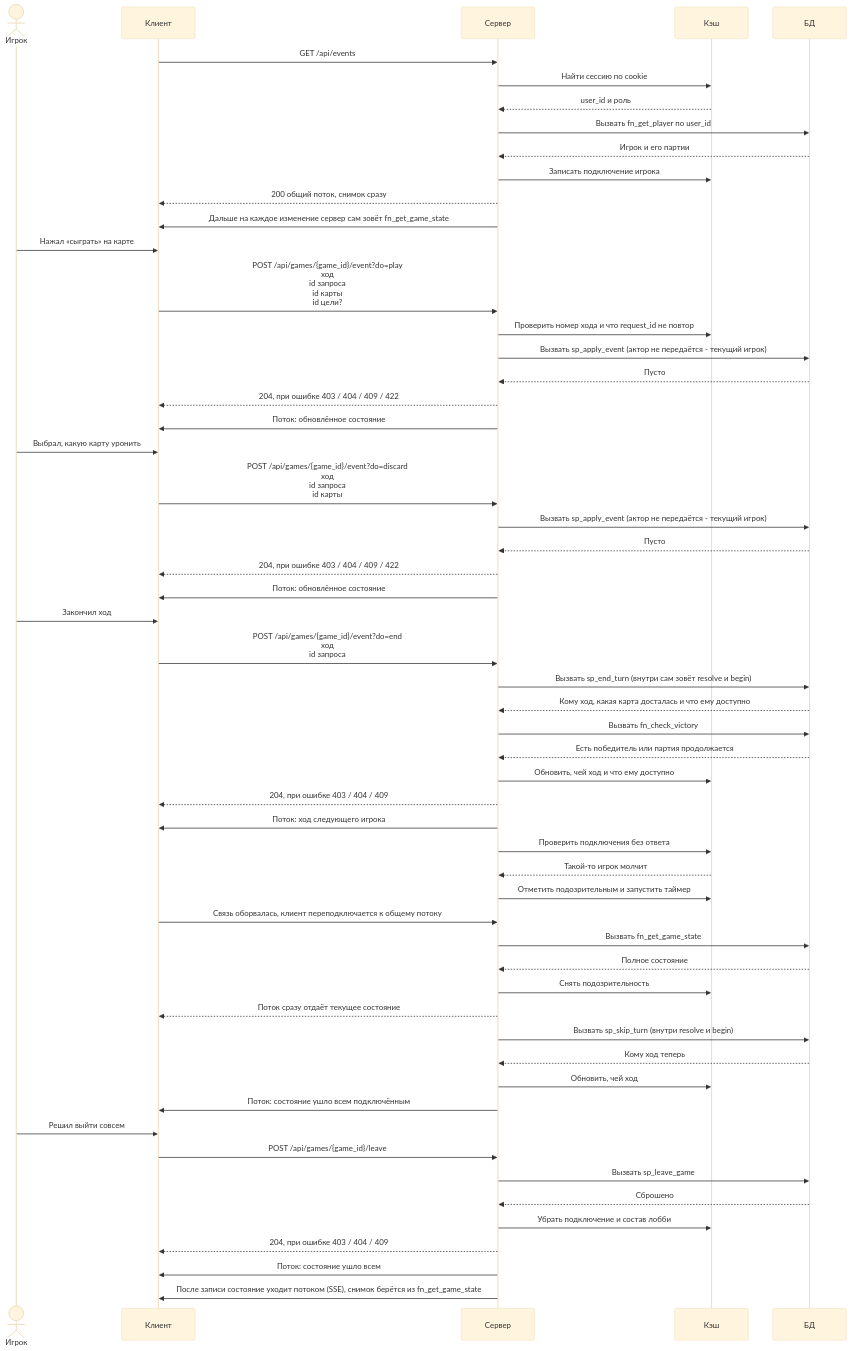
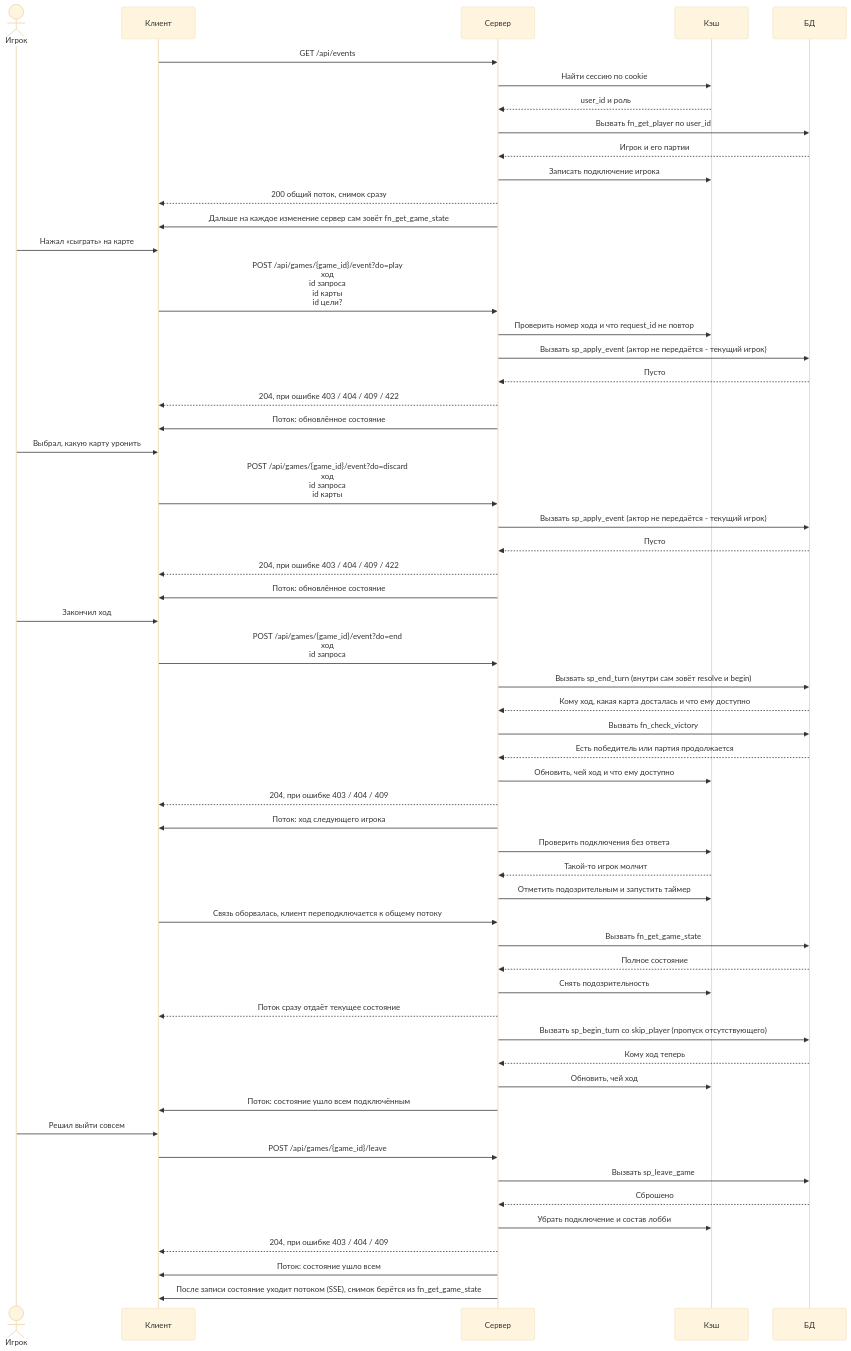
One commit to docup1/edin-game changed the diagram in diagrams/game.mmd. Above: the diagram before and after it, drawn with Mermaid (base theme). The commit also changed 12 other files, not shown here.

First line of the commit message:
Раздели пароль и настройки, убери sp_skip_turn, стоп после победы (36 -> 44 функций)

```diff
--- a/diagrams/game.mmd
+++ b/diagrams/game.mmd
@@ -1,125 +1,126 @@
 %% Всё, что происходит во время партии: поток, ход, обрыв связи, пропуск, выход.
 %% Два эндпоинта: один event с действием в query и выход.
 %% Клиент оперирует картами и выбирает цель. Названия механик, назначение,
 %% количество и позиции определяет сервер - клиент их не знает и не видит.
 %% Связь и признак «кто на связи» - в кэше, все факты - в базе.
 %% Ошибки: 403 не его ход (сравнивает сервер по кэшу game:{id}:turn, до SQL),
 %% 404 нет партии, 409 номер хода не совпал или повтор request_id,
 %% 422 карта не в available или цель не из присланного списка. Актор в SQL не
 %% передаётся: действует текущий игрок, база проверяет лишь, что карта в его руке.
 %% Состояние в потоке всегда полное и приходит при любом изменении, отдельных
 %% событий про карты и ходы нет. Сессия лежит в кэше, поэтому перезапуск
 %% сервера теряет только входы, а факты об игре остаются в базе.
 sequenceDiagram
     actor U as Игрок
     participant C as Клиент
     participant S as Сервер
     participant K as Кэш
     participant D as БД
 
     C->>S: GET /api/events
     S->>K: Найти сессию по cookie
     K-->>S: user_id и роль
     S->>D: Вызвать fn_get_player по user_id
     D-->>S: Игрок и его партии
     S->>K: Записать подключение игрока
     S-->>C: 200 общий поток, снимок сразу
     S->>C: Дальше на каждое изменение сервер сам зовёт fn_get_game_state
 
     U->>C: Нажал «сыграть» на карте
     C->>S: POST /api/games/{game_id}/event?do=play<br/>ход<br/>id запроса<br/>id карты<br/>id цели?
     S->>K: Проверить номер хода и что request_id не повтор
     S->>D: Вызвать sp_apply_event (актор не передаётся - текущий игрок)
     D-->>S: Пусто
     S-->>C: 204, при ошибке 403 / 404 / 409 / 422
     S->>C: Поток: обновлённое состояние
 
     U->>C: Выбрал, какую карту уронить
     C->>S: POST /api/games/{game_id}/event?do=discard<br/>ход<br/>id запроса<br/>id карты
     S->>D: Вызвать sp_apply_event (актор не передаётся - текущий игрок)
     D-->>S: Пусто
     S-->>C: 204, при ошибке 403 / 404 / 409 / 422
     S->>C: Поток: обновлённое состояние
 
     U->>C: Закончил ход
     C->>S: POST /api/games/{game_id}/event?do=end<br/>ход<br/>id запроса
     S->>D: Вызвать sp_end_turn (внутри сам зовёт resolve и begin)
     D-->>S: Кому ход, какая карта досталась и что ему доступно
     S->>D: Вызвать fn_check_victory
     D-->>S: Есть победитель или партия продолжается
     S->>K: Обновить, чей ход и что ему доступно
     S-->>C: 204, при ошибке 403 / 404 / 409
     S->>C: Поток: ход следующего игрока
 
     S->>K: Проверить подключения без ответа
     K-->>S: Такой-то игрок молчит
     S->>K: Отметить подозрительным и запустить таймер
     C->>S: Связь оборвалась, клиент переподключается к общему потоку
     S->>D: Вызвать fn_get_game_state
     D-->>S: Полное состояние
     S->>K: Снять подозрительность
     S-->>C: Поток сразу отдаёт текущее состояние
 
-    S->>D: Вызвать sp_skip_turn (внутри resolve и begin)
+    S->>D: Вызвать sp_begin_turn со skip_player (пропуск отсутствующего)
     D-->>S: Кому ход теперь
     S->>K: Обновить, чей ход
     S->>C: Поток: состояние ушло всем подключённым
 
     U->>C: Решил выйти совсем
     C->>S: POST /api/games/{game_id}/leave
     S->>D: Вызвать sp_leave_game
     D-->>S: Сброшено
     S->>K: Убрать подключение и состав лобби
     S-->>C: 204, при ошибке 403 / 404 / 409
     S->>C: Поток: состояние ушло всем
 
     S->>C: После записи состояние уходит потоком (SSE), снимок берётся из fn_get_game_state
 
     %% available - просто список карт, которые можно сыграть. Названий механик
     %% клиент не знает. Если карте нужна цель, сервер пишет это прямо в
     %% карточке и присылает список целей, из которых игрок выбирает.
     %% Тело event при do=play: { turn, request_id, card_id, target_id? }.
     %% Действие живёт в query как do: play, discard, end. Тело при этом
     %% одно и то же для всех, поля зависят от действия.
     %% Добора из колоды отдельного действия нет: карта добирает механикой
     %% DRAW_FROM_DECK, то есть через play, а в начале хода карту берёт
     %% sp_begin_turn. Клиент не может взять из колоды просто так.
     %% do=discard кладёт указанную карту в сброс. Никаких названий механик
     %% в запросе нет.
     %% По карте сервер сам находит её механики и решает, куда её класть, сколько
     %% карт связано и на какую позицию. Разовые механики карты отрабатывают все
     %% разом, выбрать одну из нескольких нельзя. То, что осталось в стойке,
     %% живёт дальше по своим правилам.
     %% Одна операция - одна транзакция. Проверяется против состояния, а не против
     %% того, что прислал клиент. Не прошла - откат целиком и 422.
     %% Ответ пустой не потому, что серверу нечего сказать: состояние приходит
     %% в поток, а дублировать его значило бы отправить его дважды.
     %% event можно слать несколько подряд: каждый применяется сразу, поэтому
     %% следующий видит уже изменённое состояние, и порядок важен.
     %% Ограничения клиент не проверяет - сервер пересчитывает available.
     %% do=end сбрасывает лишние карты и закрывает ход, дальше открывает следующий
     %% сам, без запроса клиента.
     %% Живые эффекты стойла (PROTECT_STABLE, RESTRICT_CARD_PLAY,
     %% COUNT_AS_UNICORN) читаются на лету через _player_status, отдельного
     %% пересчёта нет. Механика упала - пропускаем её, пишем в лог и идём
     %% дальше: одна сломанная карта не должна останавливать игру.
-    %% sp_begin_turn выбирает следующего игрока и проверяет его ход на пропуск.
-    %% Пропуск - не сыгранный ход: метка снимается, триггеры начала хода не
-    %% запускаются. Пропуски подряд считаются, чтобы не зациклиться. Триггеры
+    %% sp_begin_turn открывает ход выбранного игрока. Пропуск приходит
+    %% аргументом skip_player: ход пропущенного фиксируется записью в лог,
+    %% карта не берётся, триггеры начала хода не запускаются, очередь идёт
+    %% дальше. Пропуски подряд считаются, чтобы не зациклиться. Триггеры
     %% начала хода запускает сам sp_begin_turn и только у того, чей ход
     %% действительно открывается.
     %% Разорванную связь не считаем выходом сразу: ждём короткое время, вдруг
     %% это плохая связь. Догонять историю не нужно, снимок и так полный - клиент
     %% перерисовывает всё заново. Номера событий не храним и Last-Event-ID не
     %% шлём.
     %% Клиент не вернулся до конца таймера - ход переходит дальше по правилам,
     %% счётчик ходов увеличивается, чтобы игрок не накапливал ходы за время
     %% отсутствия. Пересчёт защит и запретов идёт как обычно, он не зависит от
     %% того, чей ход.
     %% sp_leave_game отправляет карты игрока в сброс, но сам игрок остаётся в
     %% партии с пустой рукой: выбывшим он не считается, место за ним сохраняется,
     %% поэтому join пускает его обратно даже после старта. Ход ему не вернётся,
     %% но состояние он увидит полностью. Ничего не теряется, потому что все
     %% факты о партии лежат в базе, а в кэше только сессии и подключения.
     %% Уведомления идут через базу, поэтому все экземпляры сервера видят одно и
     %% то же состояние.
```
